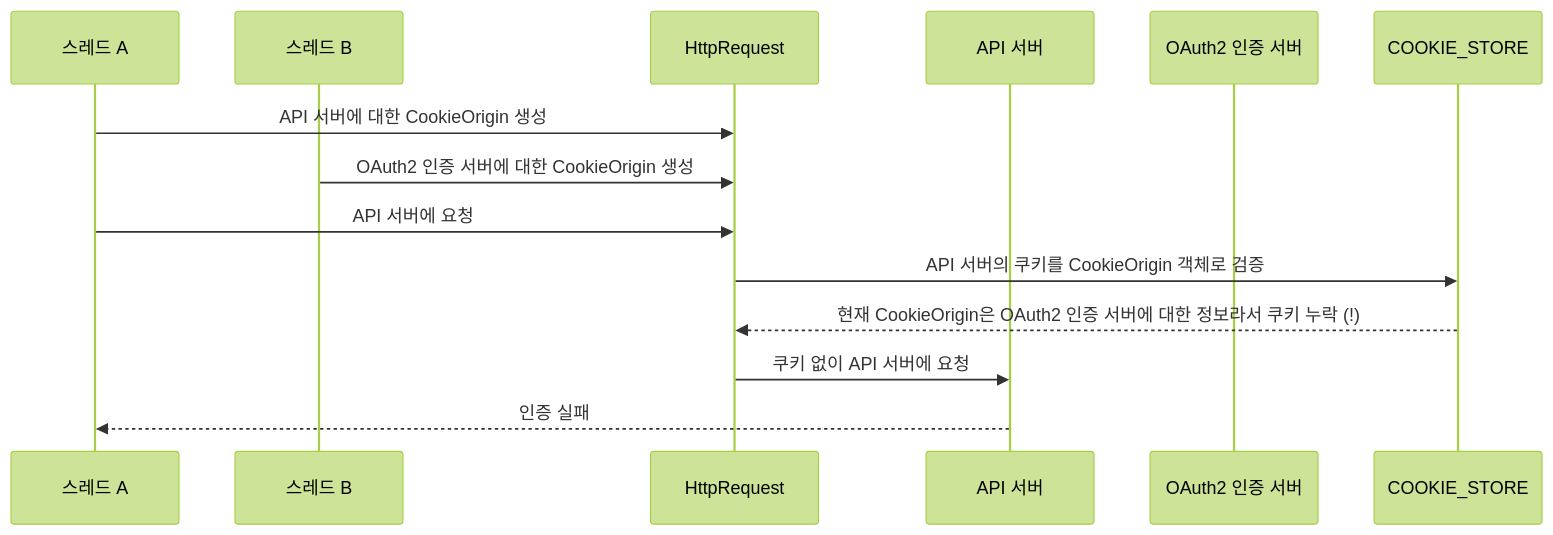
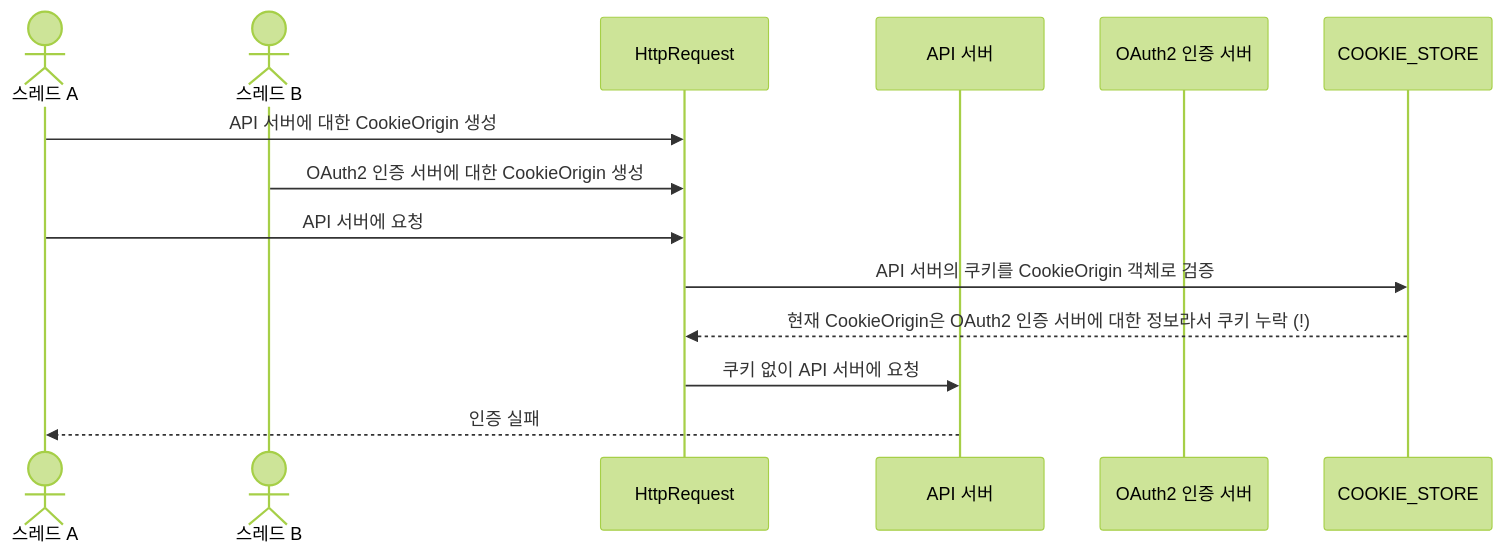
Before and after one commit to Hansanghyun-github/TIL: the first of 2 diagrams in portfolio/nGrinder 부하 테스트 중 발생한 OAuth2 인증 문제 분석 및 해결.md, drawn with Mermaid (forest theme). The commit also changed other lines of this file and 1 other file, not shown here.

Commit message:
edit mermaid component participant to actor

````diff
--- a/portfolio/nGrinder 부하 테스트 중 발생한 OAuth2 인증 문제 분석 및 해결.md
+++ b/portfolio/nGrinder 부하 테스트 중 발생한 OAuth2 인증 문제 분석 및 해결.md
@@ -220,16 +220,16 @@
 ```mermaid
 sequenceDiagram
-   participant A as 스레드 A
-   participant B as 스레드 B
+   actor A as 스레드 A
+   actor B as 스레드 B
    participant HttpRequest as HttpRequest
    participant API as API 서버
    participant Mock as OAuth2 인증 서버
 
    A->>HttpRequest: API 서버에 대한 CookieOrigin 생성
    B->>HttpRequest: OAuth2 인증 서버에 대한 CookieOrigin 생성
    A->>HttpRequest: API 서버에 요청
    HttpRequest->>COOKIE_STORE: API 서버의 쿠키를 CookieOrigin 객체로 검증
    COOKIE_STORE-->>HttpRequest: 현재 CookieOrigin은 OAuth2 인증 서버에 대한 정보라서 쿠키 누락 (!)
    HttpRequest->>API: 쿠키 없이 API 서버에 요청
    API-->>A: 인증 실패
 ```
````
